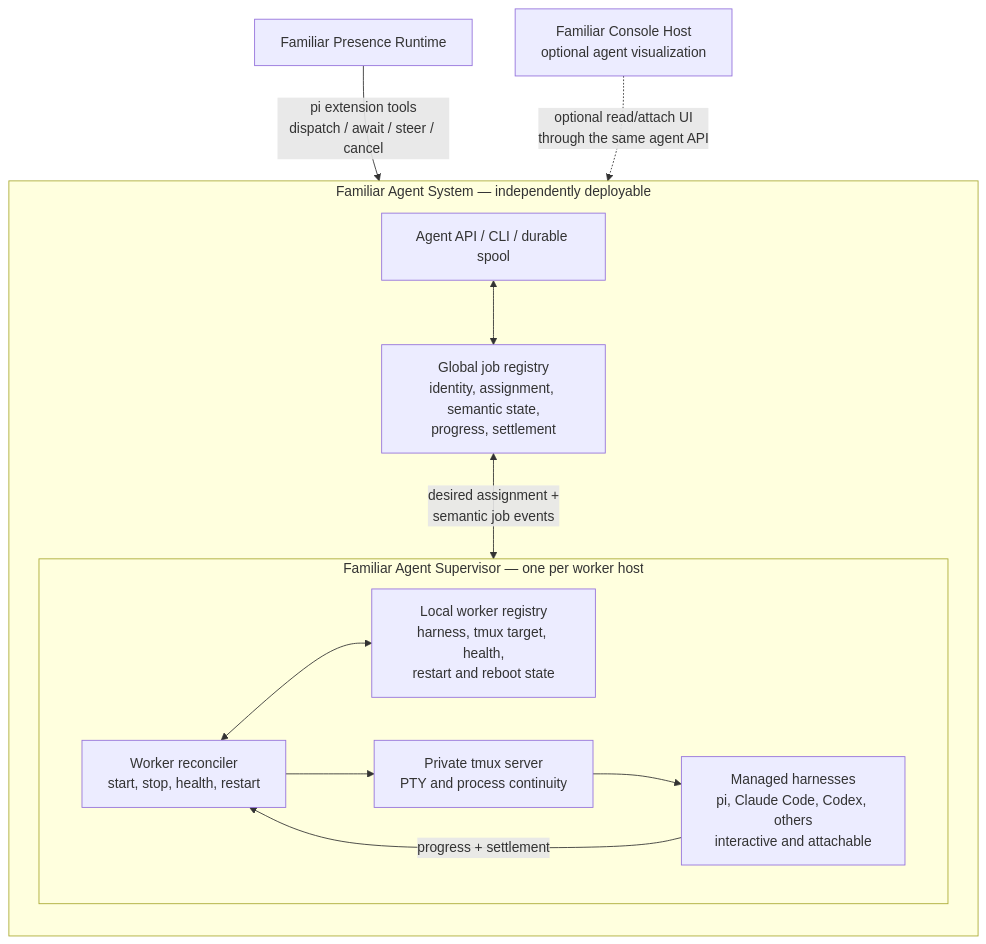
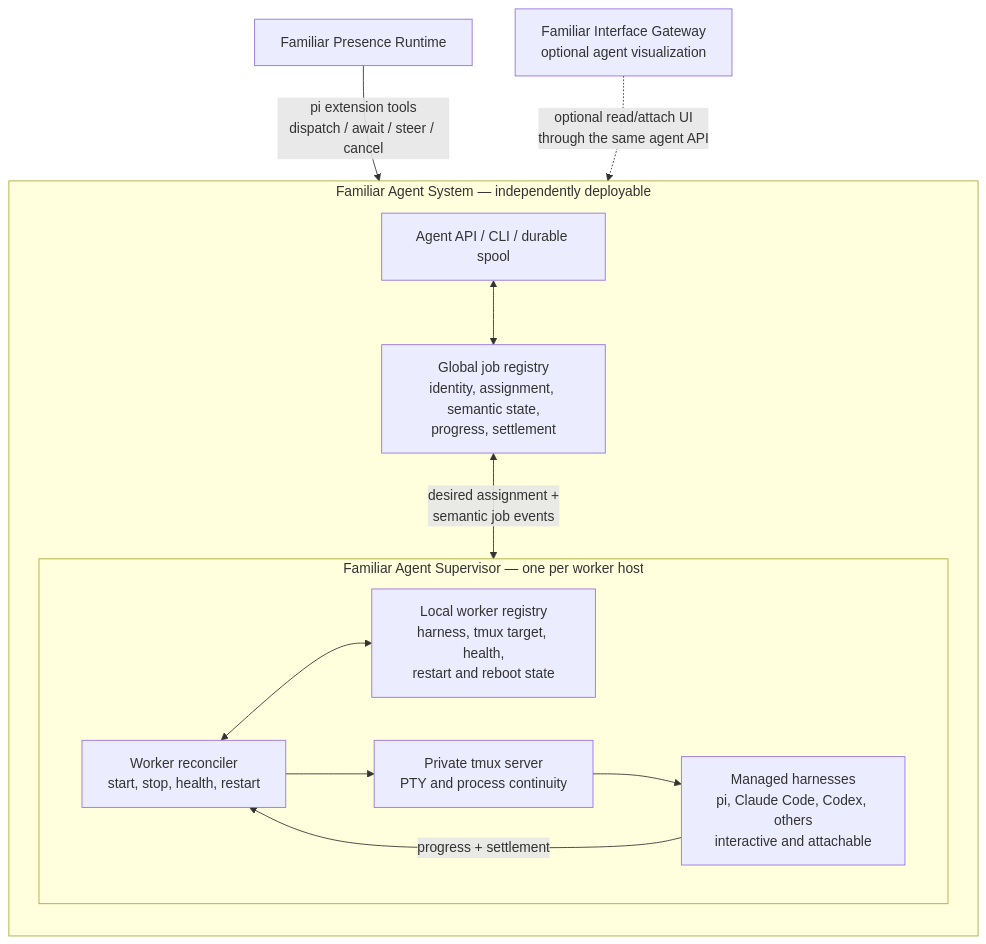
The diagram in docs/AGENTS-ARCHITECTURE.md (gisikw/familiar), drawn with Mermaid before and after one commit. The commit also changed other lines of this file and 1 other file, not shown here.

Commit message:
docs: settle Familiar gateway and deployment boundaries

````diff
--- a/docs/AGENTS-ARCHITECTURE.md
+++ b/docs/AGENTS-ARCHITECTURE.md
@@ -28,28 +28,28 @@
 ```mermaid
 flowchart TB
     familiar["Familiar Presence Runtime"]
-    console["Familiar Console Host<br/>optional agent visualization"]
+    interface["Familiar Interface Gateway<br/>optional agent visualization"]
 
     subgraph agentSystem["Familiar Agent System — independently deployable"]
         direction TB
         api["Agent API / CLI / durable spool"]
         jobs["Global job registry<br/>identity, assignment, semantic state,<br/>progress, settlement"]
 
         subgraph supervisor["Familiar Agent Supervisor — one per worker host"]
             direction LR
             reconciler["Worker reconciler<br/>start, stop, health, restart"]
             localRegistry["Local worker registry<br/>harness, tmux target, health,<br/>restart and reboot state"]
             tmux["Private tmux server<br/>PTY and process continuity"]
             harnesses["Managed harnesses<br/>pi, Claude Code, Codex, others<br/>interactive and attachable"]
         end
     end
 
     familiar -->|"pi extension tools<br/>dispatch / await / steer / cancel"| api
-    console -. "optional read/attach UI<br/>through the same agent API" .-> api
+    interface -. "optional read/attach UI<br/>through the same agent API" .-> api
     api <--> jobs
     jobs <-->|"desired assignment +<br/>semantic job events"| reconciler
     reconciler <--> localRegistry
     reconciler --> tmux
     tmux --> harnesses
     harnesses -->|"progress + settlement"| reconciler
 ```
````
